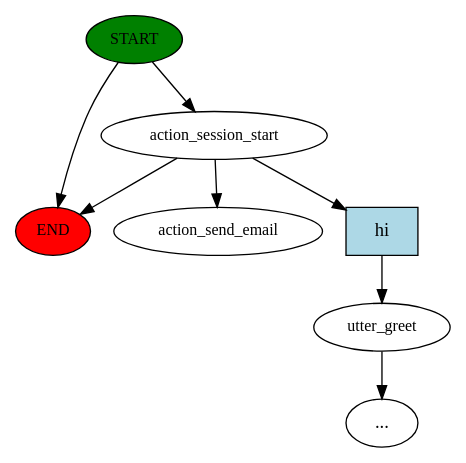
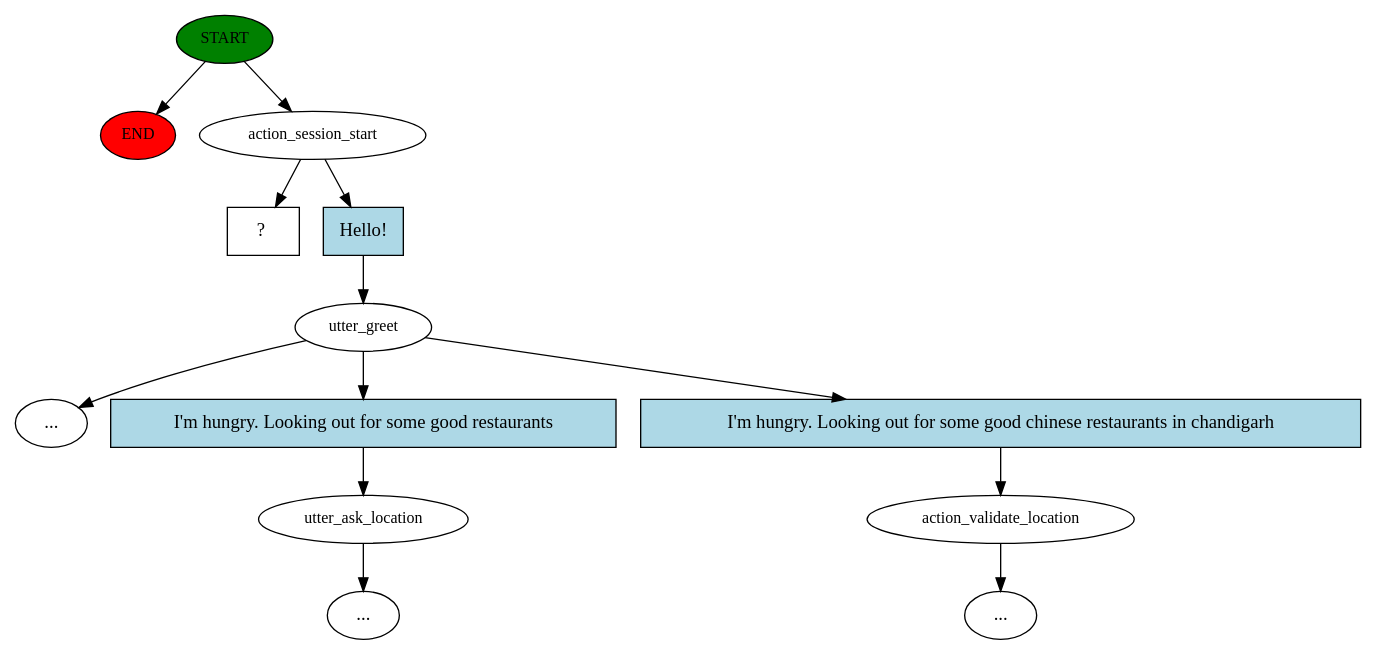
One commit to akishore81/RasaChatBot changed the diagram in story_graph.dot. Above: the diagram before and after it, drawn with Graphviz. The commit also changed 7 other files, not shown here.

```diff
--- a/story_graph.dot
+++ b/story_graph.dot
@@ -1,16 +1,27 @@
 digraph  {
 0 [class="start active", fillcolor=green, fontsize=12, label=START, style=filled];
 "-1" [class=end, fillcolor=red, fontsize=12, label=END, style=filled];
 1 [class=active, fontsize=12, label=action_session_start];
 2 [class="", fontsize=12, label=utter_greet];
 "-3" [class=ellipsis, label="..."];
-5 [class="dashed active", fontsize=12, label=action_send_email];
-6 [class=intent, fillcolor=lightblue, label=hi, shape=rect, style=filled];
+5 [class="", fontsize=12, label=utter_ask_location];
+"-4" [class=ellipsis, label="..."];
+8 [class="", fontsize=12, label=action_validate_location];
+"-5" [class=ellipsis, label="..."];
+10 [class="intent dashed active", label="  ?  ", shape=rect];
+11 [class=intent, fillcolor=lightblue, label="Hello!", shape=rect, style=filled];
+12 [class=intent, fillcolor=lightblue, label="I'm hungry. Looking out for some good restaurants", shape=rect, style=filled];
+13 [class=intent, fillcolor=lightblue, label="I'm hungry. Looking out for some good chinese restaurants in chandigarh", shape=rect, style=filled];
 0 -> "-1"  [class="", key=NONE, label=""];
 0 -> 1  [class=active, key=NONE, label=""];
-1 -> "-1"  [class="", key=NONE, label=""];
-1 -> 5  [class=active, key=NONE, label=""];
-1 -> 6  [class="", key=0];
+1 -> 10  [class=active, key=NONE, label=""];
+1 -> 11  [class="", key=0];
 2 -> "-3"  [class="", key=NONE, label=""];
-6 -> 2  [class="", key=0];
+2 -> 12  [class="", key=0];
+2 -> 13  [class="", key=0];
+5 -> "-4"  [class="", key=NONE, label=""];
+8 -> "-5"  [class="", key=NONE, label=""];
+11 -> 2  [class="", key=0];
+12 -> 5  [class="", key=0];
+13 -> 8  [class="", key=0];
 }
```
